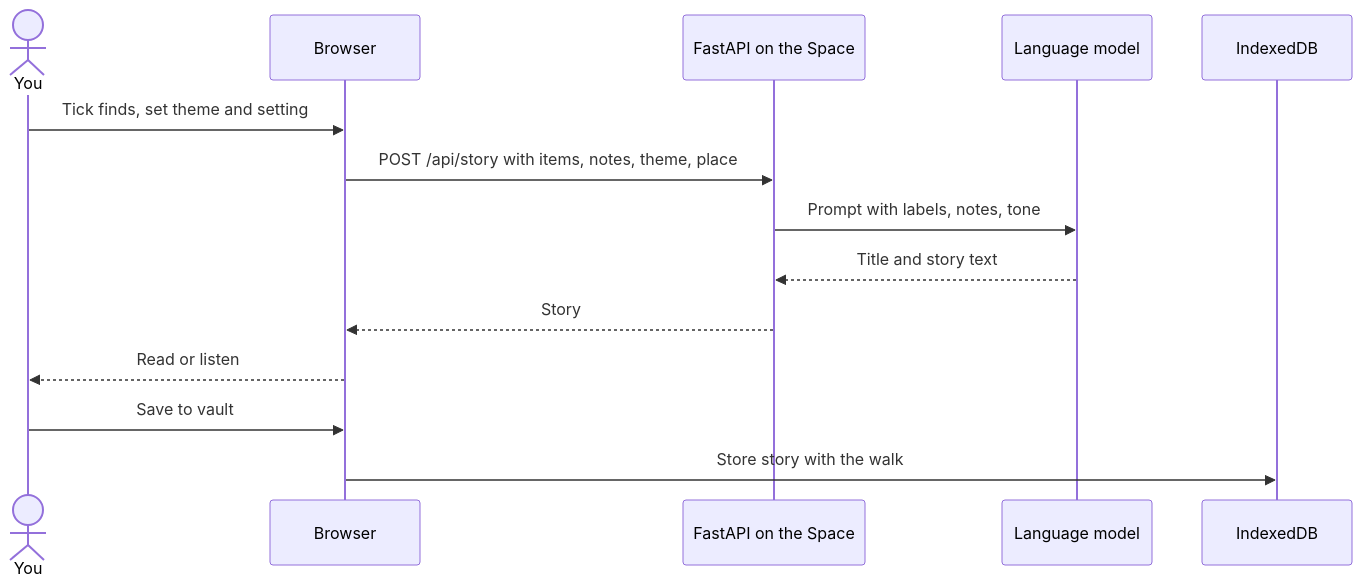
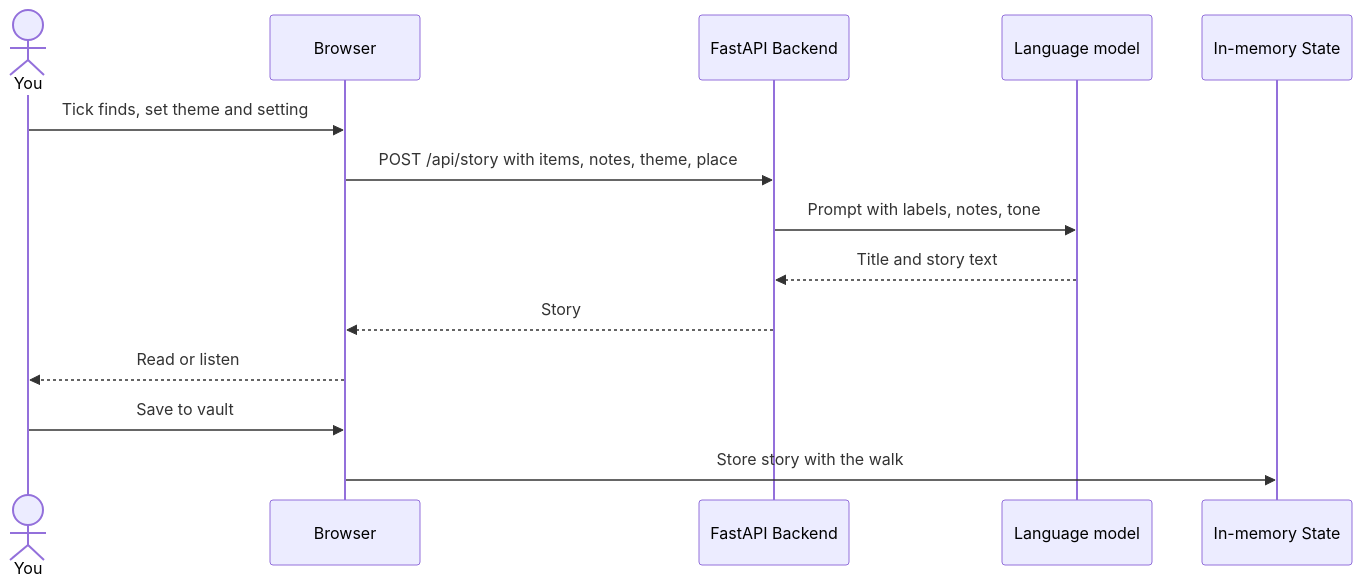
One commit to archangel2006/wayside changed the fifth of 8 diagrams in docs/diagrams.md. Above: the diagram before and after it, drawn with Mermaid. The commit also changed other lines of this file and 5 other files, not shown here.

````diff
--- a/docs/diagrams.md
+++ b/docs/diagrams.md
@@ -116,17 +116,17 @@
 ```mermaid
 sequenceDiagram
   actor U as You
   participant UI as Browser
-  participant API as FastAPI on the Space
+  participant API as FastAPI Backend
   participant L as Language model
-  participant DB as IndexedDB
+  participant MEM as In-memory State
 
   U->>UI: Tick finds, set theme and setting
   UI->>API: POST /api/story with items, notes, theme, place
   API->>L: Prompt with labels, notes, tone
   L-->>API: Title and story text
   API-->>UI: Story
   UI-->>U: Read or listen
   U->>UI: Save to vault
-  UI->>DB: Store story with the walk
+  UI->>MEM: Store story with the walk
 ```
````
